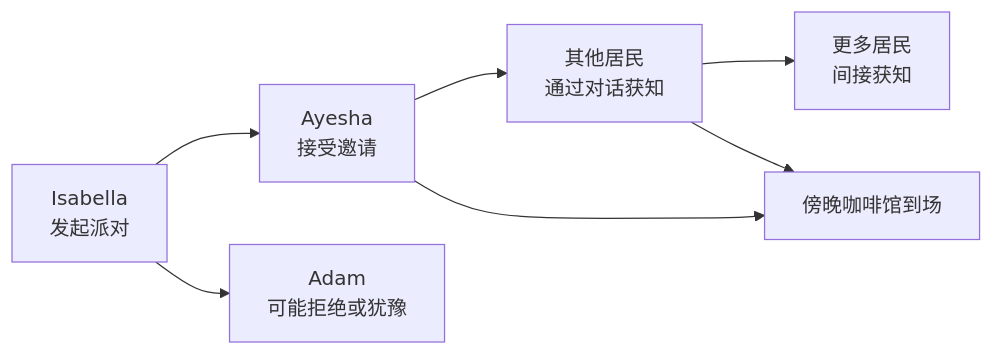
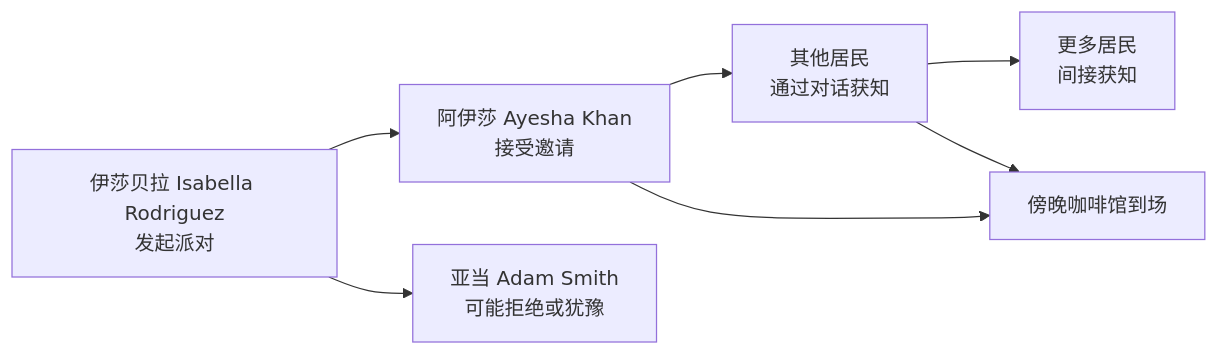
The third of 3 diagrams in docs/book/manuscript/part_01/chapter_11.md (tbkken/GenerativeAgentsCN), drawn with Mermaid before and after one commit. The commit also changed other lines of this file and 51 other files, not shown here.

````diff
--- a/docs/book/manuscript/part_01/chapter_11.md
+++ b/docs/book/manuscript/part_01/chapter_11.md
@@ -440,9 +440,9 @@
 ```mermaid
 flowchart LR
-    Isabella["Isabella<br/>发起派对"] --> Ayesha["Ayesha<br/>接受邀请"]
-    Isabella --> Adam["Adam<br/>可能拒绝或犹豫"]
+    Isabella["伊莎贝拉 Isabella Rodriguez<br/>发起派对"] --> Ayesha["阿伊莎 Ayesha Khan<br/>接受邀请"]
+    Isabella --> Adam["亚当 Adam Smith<br/>可能拒绝或犹豫"]
     Ayesha --> Friend1["其他居民<br/>通过对话获知"]
     Friend1 --> Friend2["更多居民<br/>间接获知"]
     Ayesha --> Cafe["傍晚咖啡馆到场"]
     Friend1 --> Cafe
 ```
````
